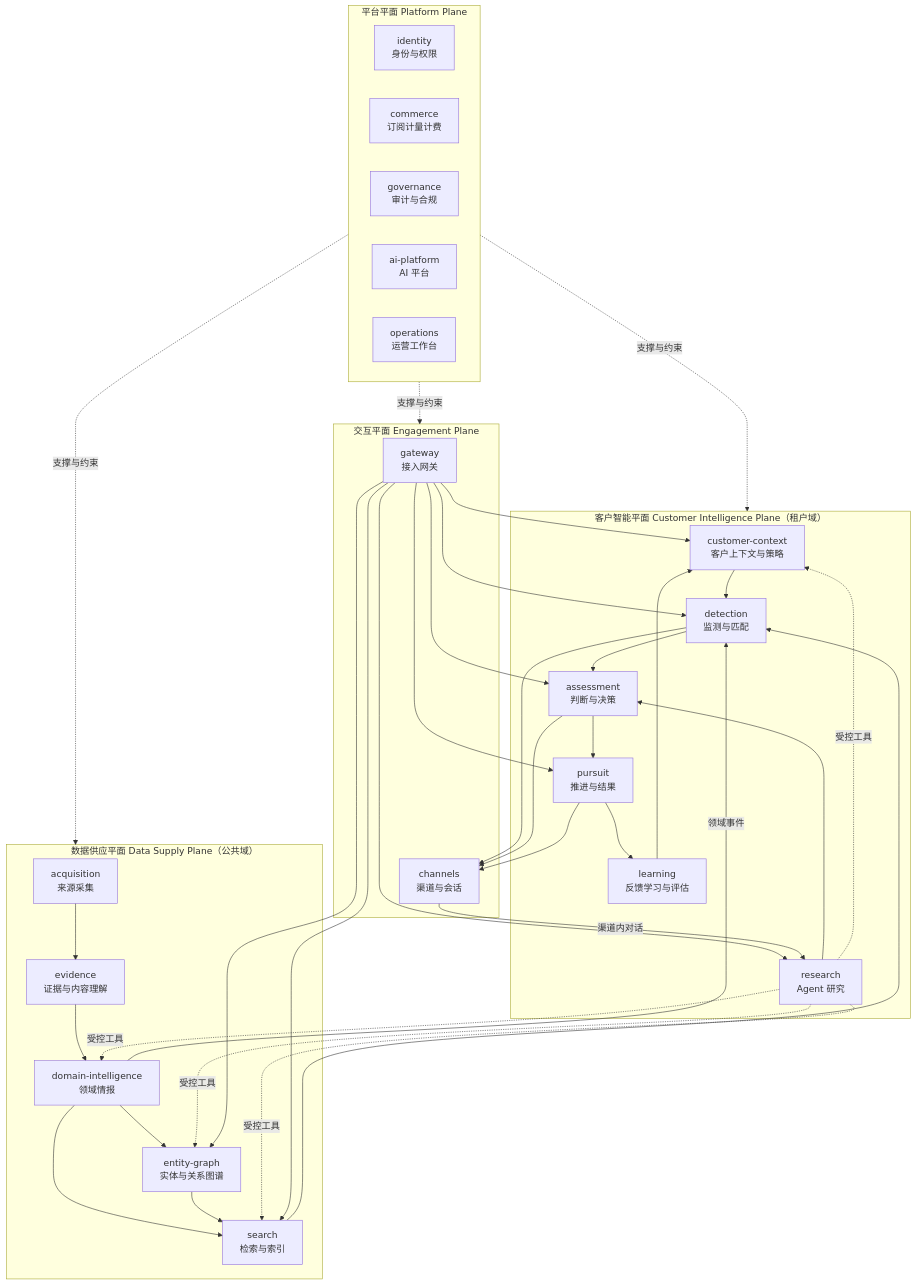
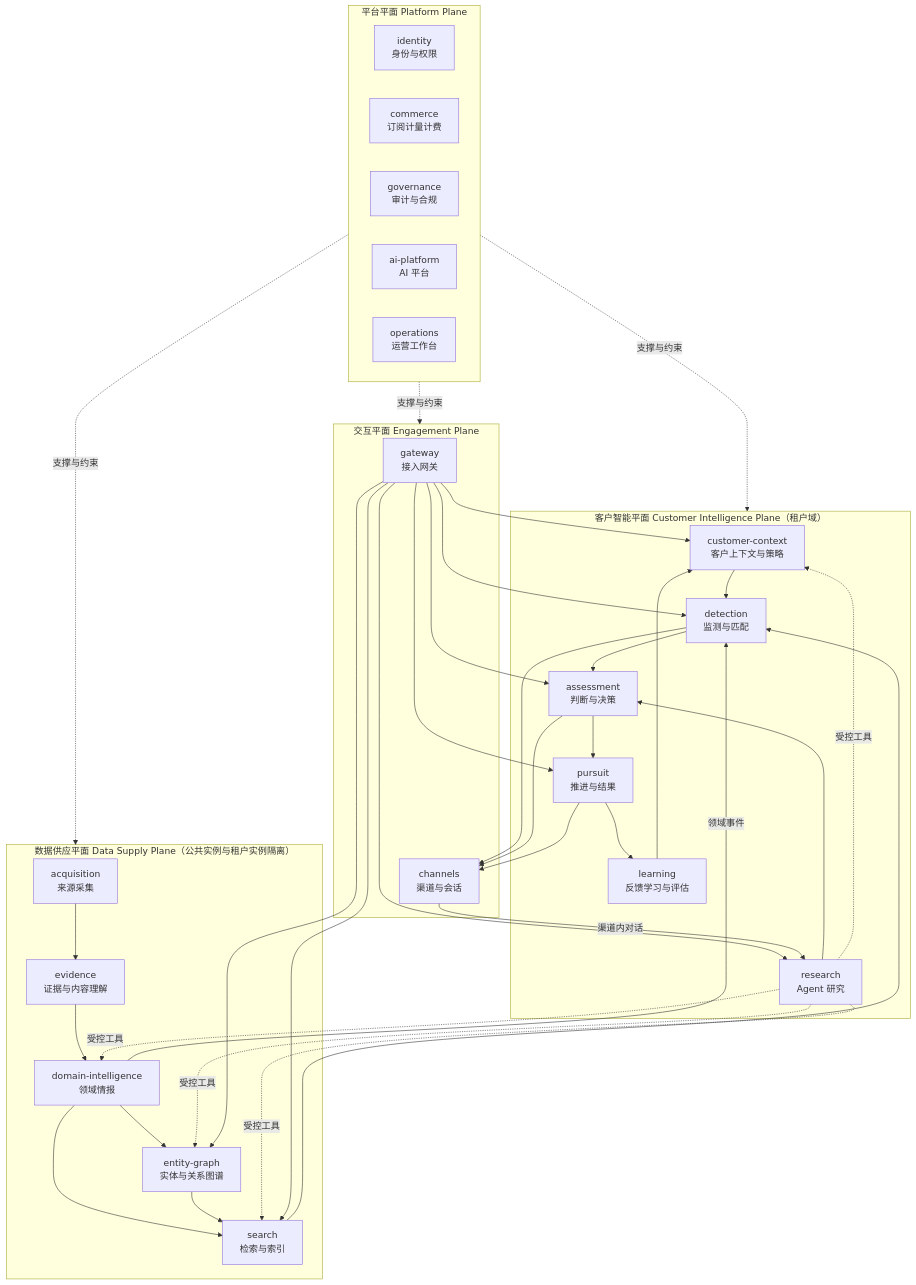
One commit to SuperAILabs/MiaoQia changed the first of 4 diagrams in docs/03-architecture/01-architecture-overview.md. Above: the diagram before and after it, drawn with Mermaid. The commit also changed other lines of this file and 48 other files, not shown here.

````diff
--- a/docs/03-architecture/01-architecture-overview.md
+++ b/docs/03-architecture/01-architecture-overview.md
@@ -37,47 +37,47 @@
 ```mermaid
 flowchart TB
   subgraph EP["交互平面 Engagement Plane"]
     GWY["gateway<br/>接入网关"]
     NTF["channels<br/>渠道与会话"]
   end
 
   subgraph CIP["客户智能平面 Customer Intelligence Plane（租户域）"]
     CTX["customer-context<br/>客户上下文与策略"]
     DET["detection<br/>监测与匹配"]
     RES["research<br/>Agent 研究"]
     ASM["assessment<br/>判断与决策"]
     PUR["pursuit<br/>推进与结果"]
     LRN["learning<br/>反馈学习与评估"]
   end
 
-  subgraph DSP["数据供应平面 Data Supply Plane（公共域）"]
+  subgraph DSP["数据供应平面 Data Supply Plane（公共实例与租户实例隔离）"]
     ACQ["acquisition<br/>来源采集"]
     EVD["evidence<br/>证据与内容理解"]
     DOM["domain-intelligence<br/>领域情报"]
     ENT["entity-graph<br/>实体与关系图谱"]
     SRH["search<br/>检索与索引"]
   end
 
   subgraph PP["平台平面 Platform Plane"]
     IAM["identity<br/>身份与权限"]
     COM["commerce<br/>订阅计量计费"]
     GOV["governance<br/>审计与合规"]
     AIP["ai-platform<br/>AI 平台"]
     OPS["operations<br/>运营工作台"]
   end
 
   ACQ --> EVD --> DOM --> ENT
   DOM --> SRH
   ENT --> SRH
   SRH --> DET
   DOM -- 领域事件 --> DET
   CTX --> DET
   DET --> ASM
   RES --> ASM --> PUR
   PUR --> LRN --> CTX
   RES -. 受控工具 .-> SRH & ENT & DOM & CTX
   GWY --> CTX & DET & RES & ASM & PUR & SRH & ENT
   NTF -- 渠道内对话 --> RES
   DET & ASM & PUR --> NTF
   PP -. 支撑与约束 .-> EP & CIP & DSP
 ```
````
